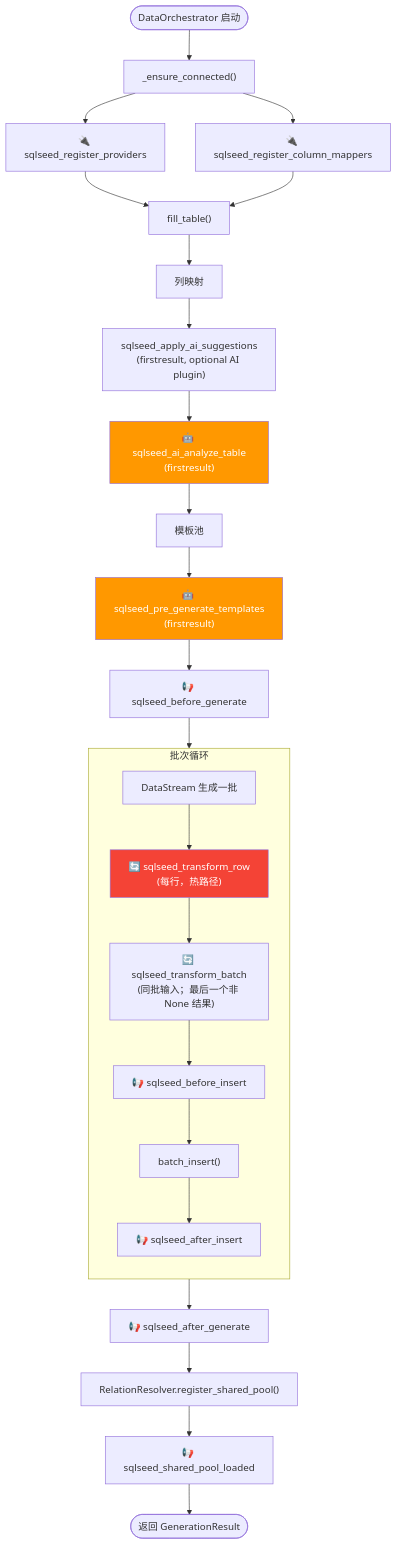
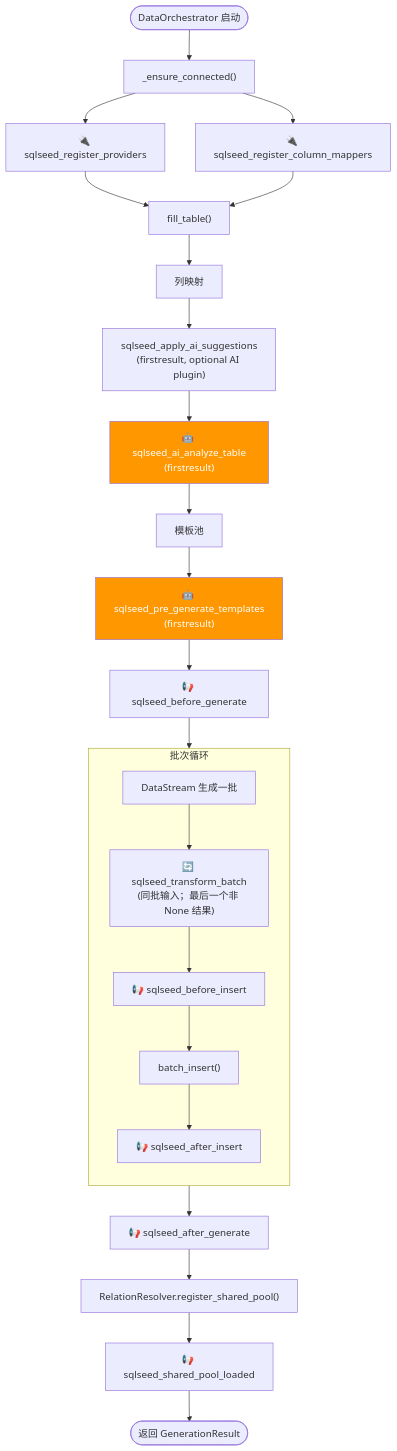
Before and after one commit to sunbos/sqlseed: the eighth of 12 diagrams in docs/architecture.zh-CN.md, drawn with Mermaid. The commit also changed other lines of this file and 42 other files, not shown here.

````diff
--- a/docs/architecture.zh-CN.md
+++ b/docs/architecture.zh-CN.md
@@ -486,45 +458,43 @@
 ```mermaid
 flowchart TB
     Start(["DataOrchestrator 启动"]) --> Connect
 
     Connect["_ensure_connected()"]
     Connect --> H1["🔌 sqlseed_register_providers"]
     Connect --> H2["🔌 sqlseed_register_column_mappers"]
 
     H1 --> Fill["fill_table()"]
     H2 --> Fill
 
     Fill --> Mapping["列映射"]
     Mapping --> Mediation["sqlseed_apply_ai_suggestions<br/>(firstresult, optional AI plugin)"]
     Mediation --> H3["🤖 sqlseed_ai_analyze_table<br/>(firstresult)"]
 
     H3 --> Template["模板池"]
     Template --> H4["🤖 sqlseed_pre_generate_templates<br/>(firstresult)"]
 
     H4 --> H5["📢 sqlseed_before_generate"]
 
     H5 --> BatchLoop
 
     subgraph BatchLoop["批次循环"]
         direction TB
         GenBatch["DataStream 生成一批"]
-        H6["🔄 sqlseed_transform_row<br/>(每行，热路径)"]
         H7["🔄 sqlseed_transform_batch<br/>(同批输入；最后一个非 None 结果)"]
         H8["📢 sqlseed_before_insert"]
         Insert["batch_insert()"]
         H9["📢 sqlseed_after_insert"]
 
-        GenBatch --> H6 --> H7 --> H8 --> Insert --> H9
+        GenBatch --> H7 --> H8 --> Insert --> H9
     end
 
     BatchLoop --> H10["📢 sqlseed_after_generate"]
 
     H10 --> RegisterPool["RelationResolver.register_shared_pool()"]
     RegisterPool --> H11["📢 sqlseed_shared_pool_loaded"]
 
     H11 --> Done(["返回 GenerationResult"])
 
     style H3 fill:#FF9800,color:#fff
     style H4 fill:#FF9800,color:#fff
-    style H6 fill:#F44336,color:#fff
 ```
````
